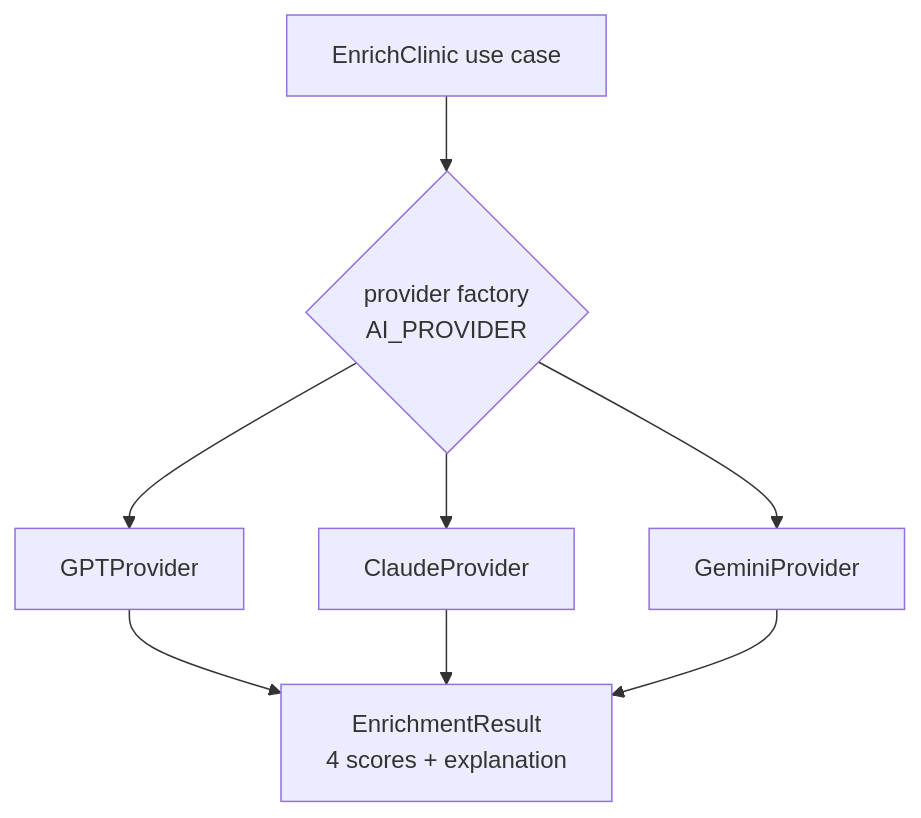
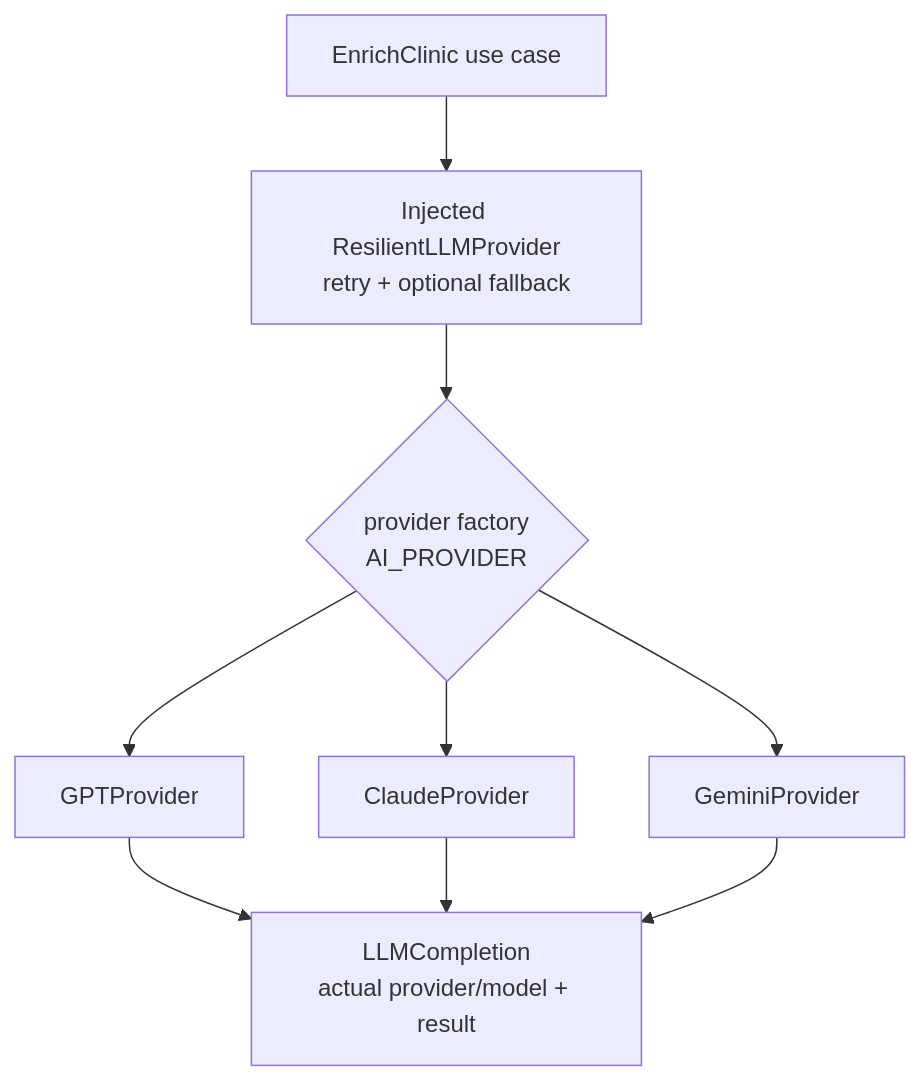
The fourth of 4 diagrams in docs/explanation/architecture.md (fsoaz/dental-radar), drawn with Mermaid before and after one commit. The commit also changed other lines of this file and 44 other files, not shown here.

````diff
--- a/docs/explanation/architecture.md
+++ b/docs/explanation/architecture.md
@@ -358,8 +358,9 @@
 ```mermaid
 flowchart TB
-  UC[EnrichClinic use case] --> F{provider factory<br/>AI_PROVIDER}
+  UC[EnrichClinic use case] --> R[Injected ResilientLLMProvider<br/>retry + optional fallback]
+  R --> F{provider factory<br/>AI_PROVIDER}
   F --> G[GPTProvider]
   F --> C[ClaudeProvider]
   F --> M[GeminiProvider]
-  G & C & M --> R[EnrichmentResult<br/>4 scores + explanation]
+  G & C & M --> OUT[LLMCompletion<br/>actual provider/model + result]
 ```
````
